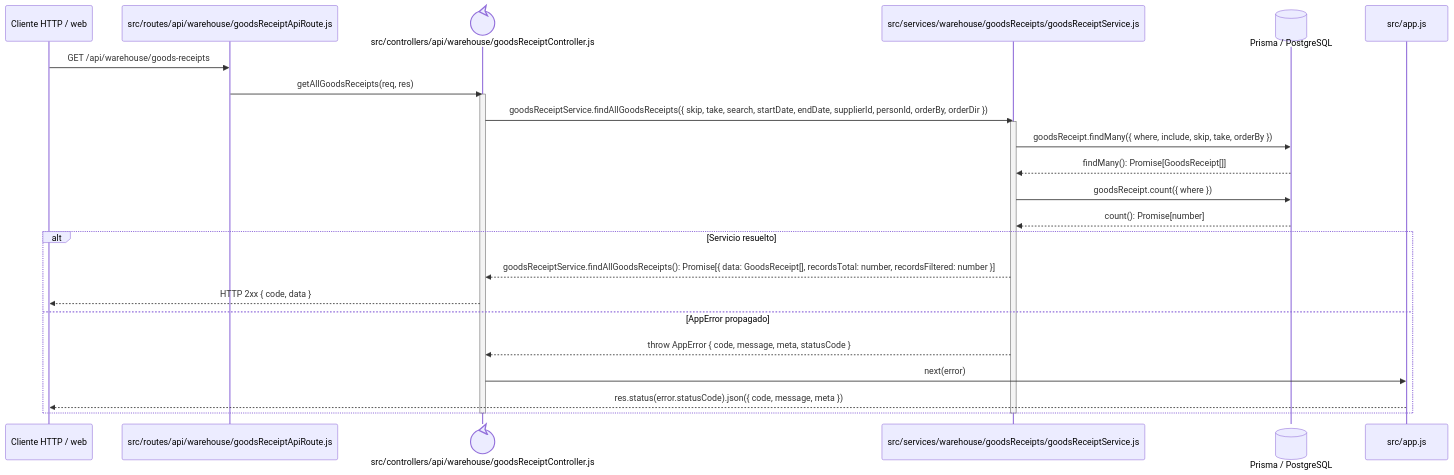
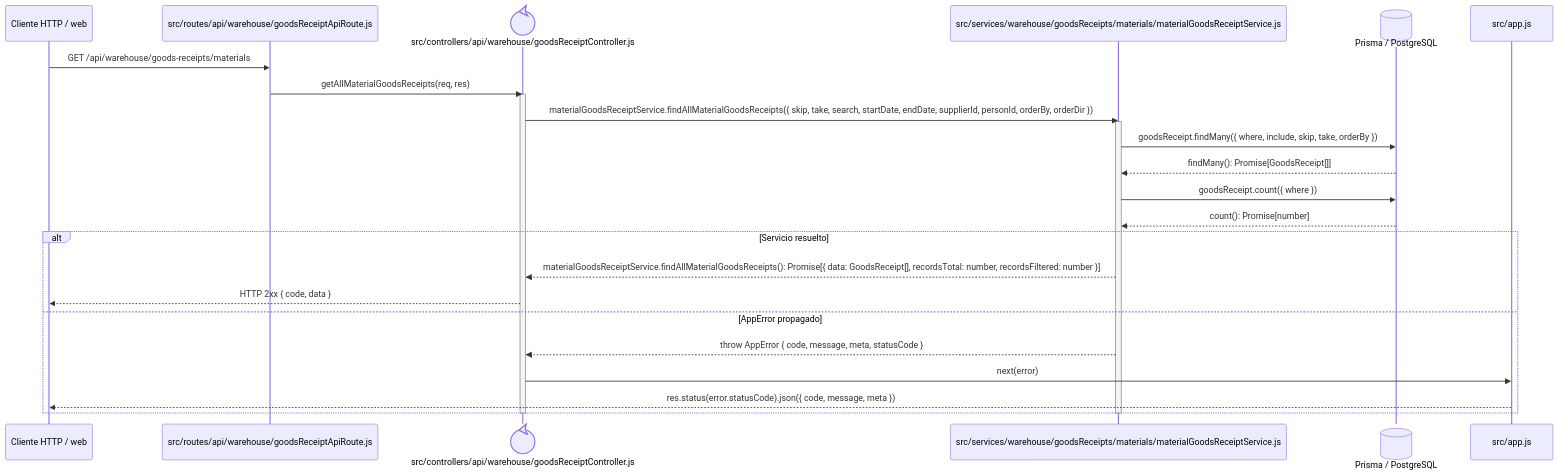
One commit to gpgsistemas01/nexus changed the diagram in docs/architecture/views/processes/backend-code-sequences/purchases/cu-ent-01.md. Above: the diagram before and after it, drawn with Mermaid. The commit also changed 91 other files, not shown here.

````diff
--- a/docs/architecture/views/processes/backend-code-sequences/purchases/cu-ent-01.md
+++ b/docs/architecture/views/processes/backend-code-sequences/purchases/cu-ent-01.md
@@ -6,29 +6,29 @@
 ```mermaid
 sequenceDiagram
     participant Client as Cliente HTTP / web
     participant Route as src/routes/api/warehouse/goodsReceiptApiRoute.js
     participant Controller@{ "type": "control" } as src/controllers/api/warehouse/goodsReceiptController.js
-    participant Domain as src/services/warehouse/goodsReceipts/goodsReceiptService.js
+    participant Domain as src/services/warehouse/goodsReceipts/materials/materialGoodsReceiptService.js
     participant Prisma@{ "type": "database" } as Prisma / PostgreSQL
     participant ErrorHandler as src/app.js
 
-    Client->>Route: GET /api/warehouse/goods-receipts
-    Route->>Controller: getAllGoodsReceipts(req, res)
+    Client->>Route: GET /api/warehouse/goods-receipts/materials
+    Route->>Controller: getAllMaterialGoodsReceipts(req, res)
     activate Controller
-    Controller->>Domain: goodsReceiptService.findAllGoodsReceipts({ skip, take, search, startDate, endDate, supplierId, personId, orderBy, orderDir })
+    Controller->>Domain: materialGoodsReceiptService.findAllMaterialGoodsReceipts({ skip, take, search, startDate, endDate, supplierId, personId, orderBy, orderDir })
     activate Domain
     Domain->>Prisma: goodsReceipt.findMany({ where, include, skip, take, orderBy })
     Prisma-->>Domain: findMany(): Promise[GoodsReceipt[]]
     Domain->>Prisma: goodsReceipt.count({ where })
     Prisma-->>Domain: count(): Promise[number]
     alt Servicio resuelto
-        Domain-->>Controller: goodsReceiptService.findAllGoodsReceipts(): Promise[{ data: GoodsReceipt[], recordsTotal: number, recordsFiltered: number }]
+        Domain-->>Controller: materialGoodsReceiptService.findAllMaterialGoodsReceipts(): Promise[{ data: GoodsReceipt[], recordsTotal: number, recordsFiltered: number }]
         Controller-->>Client: HTTP 2xx { code, data }
     else AppError propagado
         Domain-->>Controller: throw AppError { code, message, meta, statusCode }
         Controller->>ErrorHandler: next(error)
         ErrorHandler-->>Client: res.status(error.statusCode).json({ code, message, meta })
     end
     deactivate Domain
     deactivate Controller
 ```
````
